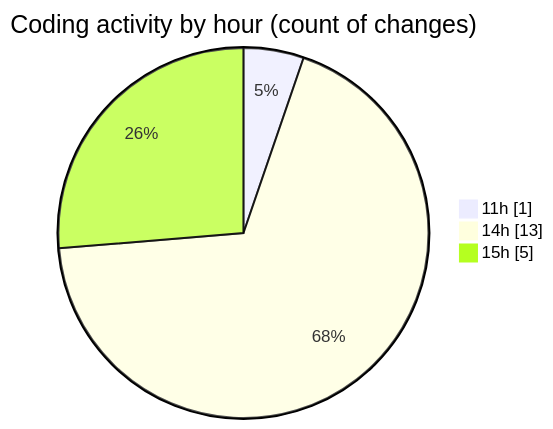
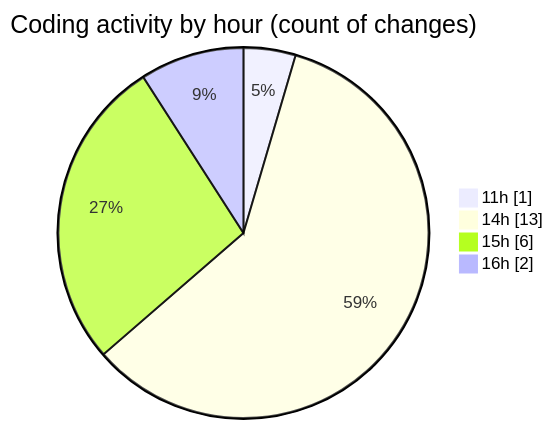
The second of 2 diagrams in 2025-12-29/budget_front_nest/README.md (igalym/code-tracking), drawn with Mermaid before and after one commit. The commit also changed other lines of this file and 1 other file, not shown here.

````diff
--- a/2025-12-29/budget_front_nest/README.md
+++ b/2025-12-29/budget_front_nest/README.md
@@ -34,7 +34,8 @@
 ```mermaid
 pie showData
 title Coding activity by hour (count of changes)
 "11h" : 1
 "14h" : 13
-"15h" : 5
+"15h" : 6
+"16h" : 2
 ```
````
